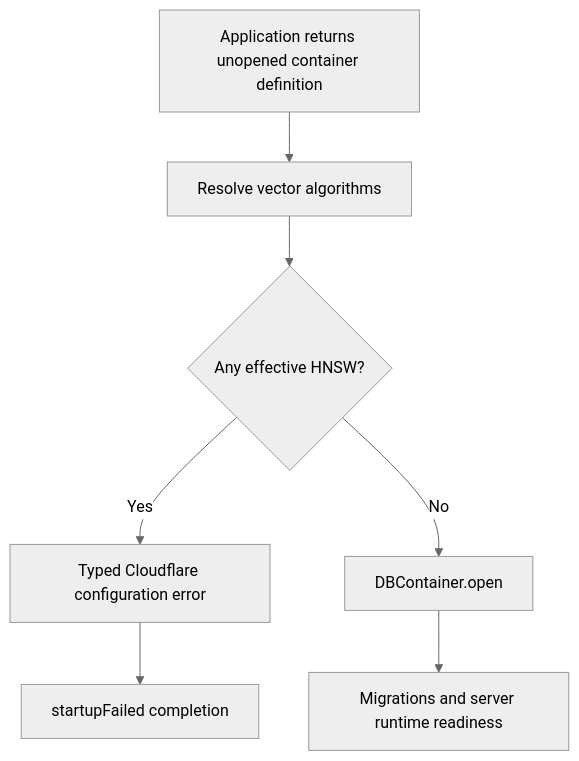
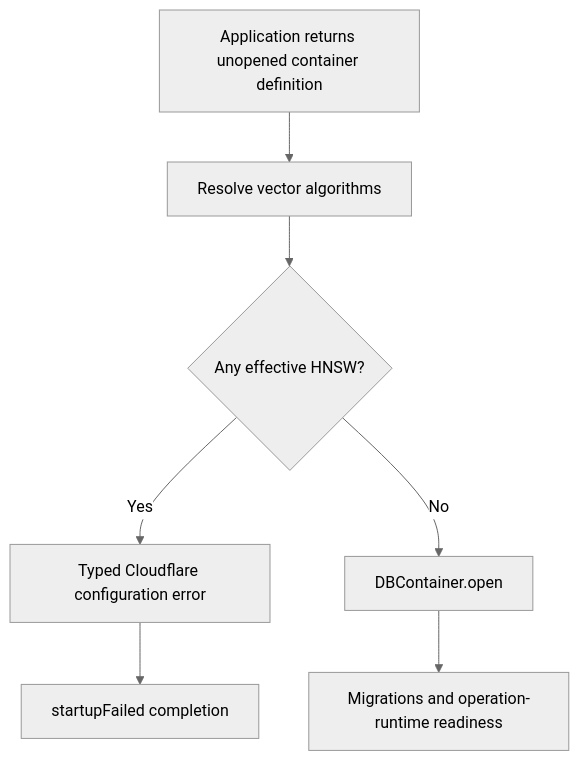
One commit to 1amageek/database-framework-cloudflare changed the diagram in Docs/ADR-0002-cloudflare-vector-capabilities.md. Above: the diagram before and after it, drawn with Mermaid (neutral theme). The commit also changed 38 other files, not shown here.

Commit message:
Separate Cloudflare hosting from native server runtime

````diff
--- a/Docs/ADR-0002-cloudflare-vector-capabilities.md
+++ b/Docs/ADR-0002-cloudflare-vector-capabilities.md
@@ -48,9 +48,9 @@
 ```mermaid
 flowchart TD
     A["Application returns unopened container definition"] --> B["Resolve vector algorithms"]
     B --> C{"Any effective HNSW?"}
     C -->|"Yes"| D["Typed Cloudflare configuration error"]
     D --> E["startupFailed completion"]
     C -->|"No"| F["DBContainer.open"]
-    F --> G["Migrations and server runtime readiness"]
+    F --> G["Migrations and operation-runtime readiness"]
 ```
````
